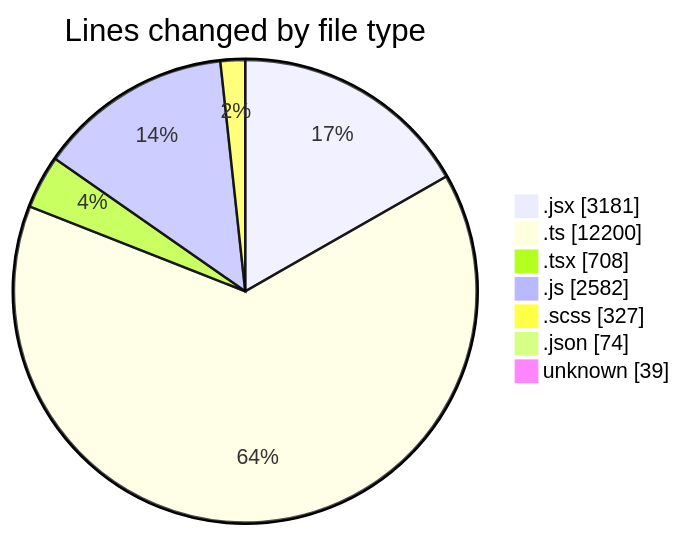
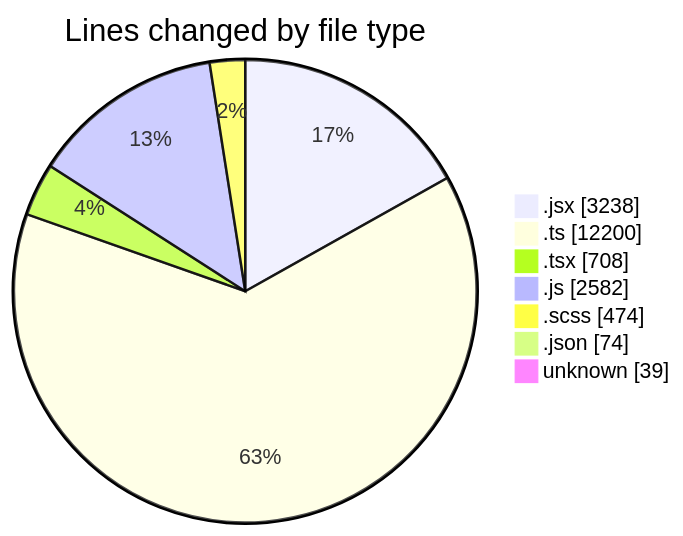
Before and after one commit to momahboobian/code-tracking: the first of 2 diagrams in 2025-06-05/cda/README.md, drawn with Mermaid. The commit also changed other lines of this file and 1 other file, not shown here.

````diff
--- a/2025-06-05/cda/README.md
+++ b/2025-06-05/cda/README.md
@@ -56,11 +57,11 @@
 ```mermaid
 pie showData
 title Lines changed by file type
-".jsx" : 3181
+".jsx" : 3238
 ".ts" : 12200
 ".tsx" : 708
 ".js" : 2582
-".scss" : 327
+".scss" : 474
 ".json" : 74
 "unknown" : 39
 ```
````
